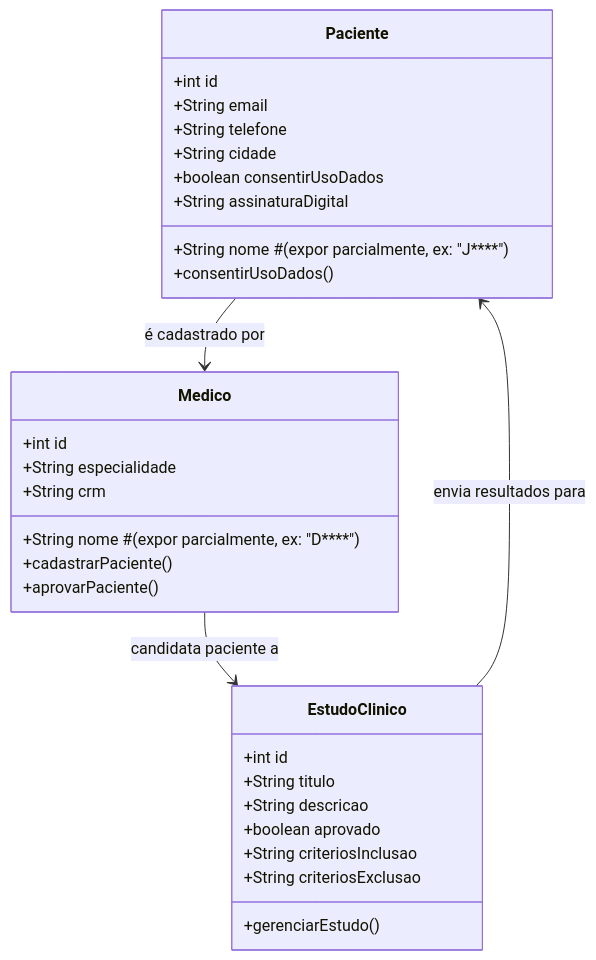
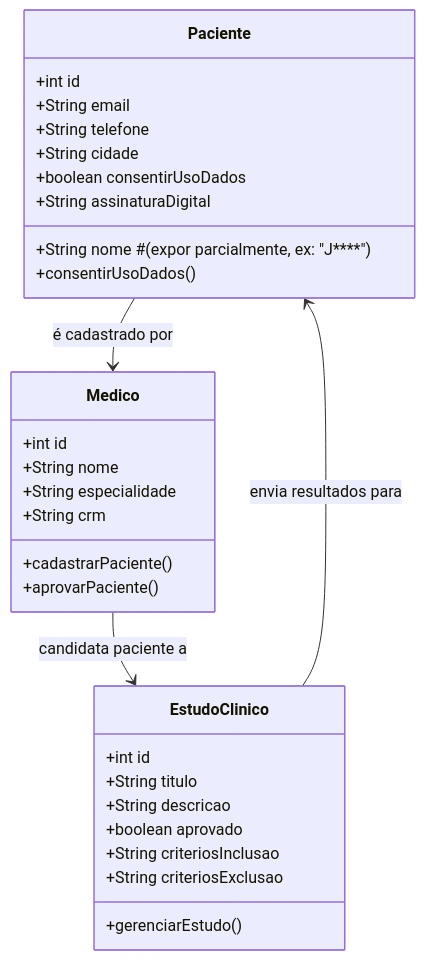
Before and after one commit to andrefilipe1310/inovamed-: the fifth of 14 diagrams in README.md, drawn with Mermaid.

````diff
--- a/README.md
+++ b/README.md
@@ -123,37 +123,37 @@
 ```mermaid
 classDiagram
   class Paciente {
     +int id
     +String nome # (expor parcialmente, ex: "J****")
     +String email
     +String telefone
     +String cidade
     +boolean consentirUsoDados
     +String assinaturaDigital
     +consentirUsoDados()
   }
   
   class Medico {
     +int id
-    +String nome # (expor parcialmente, ex: "D****")
+    +String nome 
     +String especialidade
     +String crm
     +cadastrarPaciente()
     +aprovarPaciente()
   }
 
   class EstudoClinico {
     +int id
     +String titulo
     +String descricao
     +boolean aprovado
     +String criteriosInclusao
     +String criteriosExclusao
     +gerenciarEstudo()
   }
   
   Paciente --> Medico : é cadastrado por
   Medico --> EstudoClinico : candidata paciente a
   EstudoClinico --> Paciente : envia resultados para
 
 ```
````
